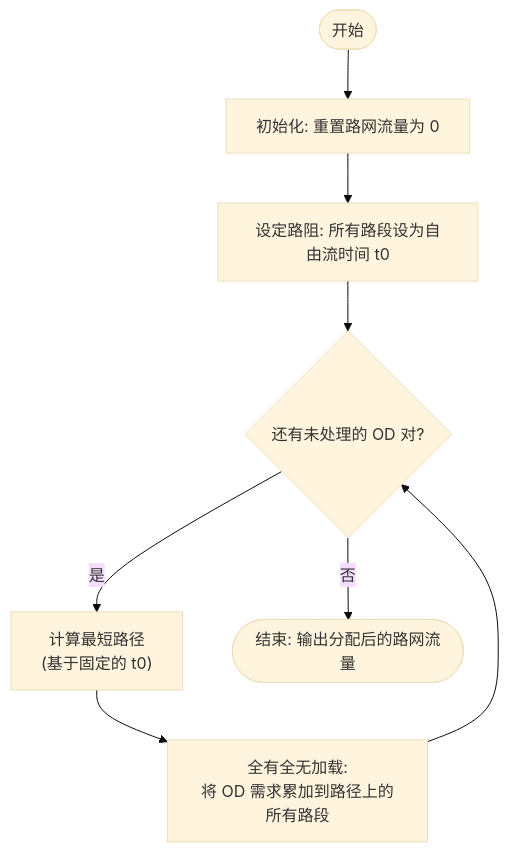
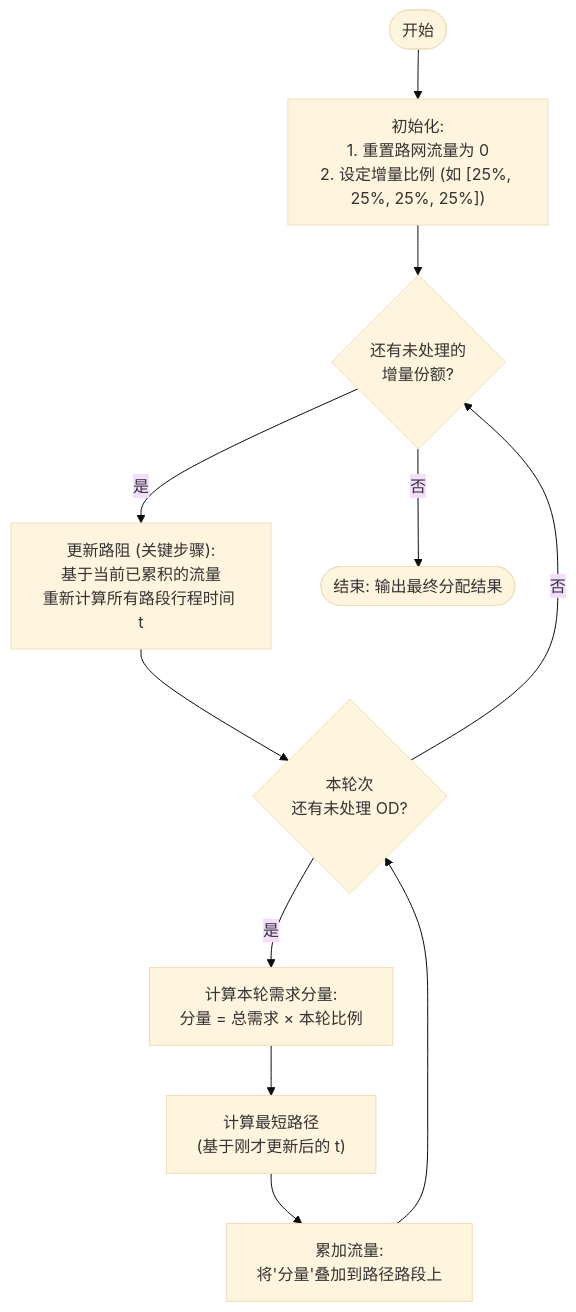
Before and after one commit to ABU121111/College: the diagram in 大三上/未命名.md, drawn with Mermaid (base theme). The commit also changed other lines of this file, not shown here.

Commit message:
2025-12-12 14:28:21

````diff
--- a/大三上/未命名.md
+++ b/大三上/未命名.md
@@ -1,16 +1,25 @@
 ```mermaid
 flowchart TD
-    Start([开始]) --> Init["初始化: 重置路网流量为 0"]
+    Start([开始]) --> Init["初始化:<br/>1. 重置路网流量为 0<br/>2. 设定增量比例 (如 [25%, 25%, 25%, 25%])"]
     
-    Init --> SetCost["设定路阻: 所有路段设为自由流时间 t0"]
+    Init --> LoopSteps{还有未处理的<br/>增量份额?}
     
-    SetCost --> Loop{还有未处理的 OD 对?}
+    %% 核心区别点：在每一轮分配开始前更新路阻
+    LoopSteps -- 是 --> UpdateCost["更新路阻 (关键步骤):<br/>基于当前已累积的流量<br/>重新计算所有路段行程时间 t"]
     
-    Loop -- 是 --> FindPath["计算最短路径<br/>(基于固定的 t0)"]
+    UpdateCost --> LoopOD{本轮次<br/>还有未处理 OD?}
     
-    FindPath --> Assign["全有全无加载:<br/>将 OD 需求累加到路径上的所有路段"]
+    LoopOD -- 是 --> CalcPart["计算本轮需求分量:<br/>分量 = 总需求 × 本轮比例"]
     
-    Assign --> Loop
+    CalcPart --> FindPath["计算最短路径<br/>(基于刚才更新后的 t)"]
     
-    Loop -- 否 --> End([结束: 输出分配后的路网流量])
+    FindPath --> Assign["累加流量:<br/>将'分量'叠加到路径路段上"]
+    
+    Assign --> LoopOD
+    
+    %% 内层循环结束，回到外层
+    LoopOD -- 否 --> LoopSteps
+    
+    %% 外层循环结束
+    LoopSteps -- 否 --> End([结束: 输出最终分配结果])
 ```
````
